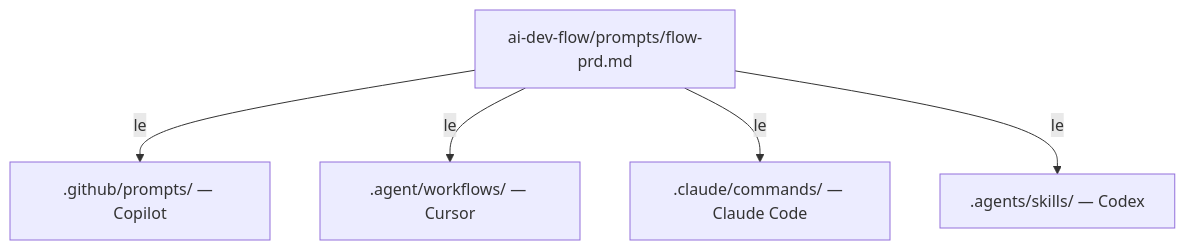
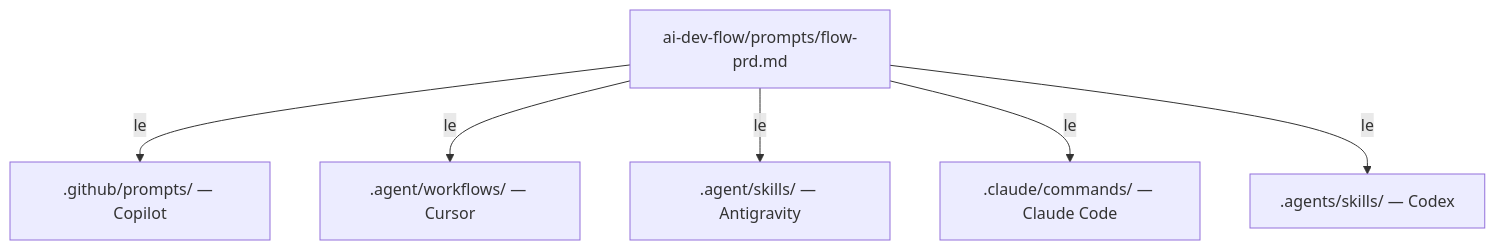
Before and after one commit to viniciuscarneiro/ai-dev-flow: the second of 3 diagrams in README.pt-br.md, drawn with Mermaid. The commit also changed other lines of this file and 26 other files, not shown here.

First line of the commit message:
Add /flow-ux — UX/UI Design Specification step (#8)

````diff
--- a/README.pt-br.md
+++ b/README.pt-br.md
@@ -169,7 +173,8 @@
 ```mermaid
 graph TD
     S["ai-dev-flow/prompts/flow-prd.md"] -->|le| C1[".github/prompts/ — Copilot"]
     S -->|le| C2[".agent/workflows/ — Cursor"]
-    S -->|le| C3[".claude/commands/ — Claude Code"]
-    S -->|le| C4[".agents/skills/ — Codex"]
+    S -->|le| C3[".agent/skills/ — Antigravity"]
+    S -->|le| C4[".claude/commands/ — Claude Code"]
+    S -->|le| C5[".agents/skills/ — Codex"]
 ```
````
